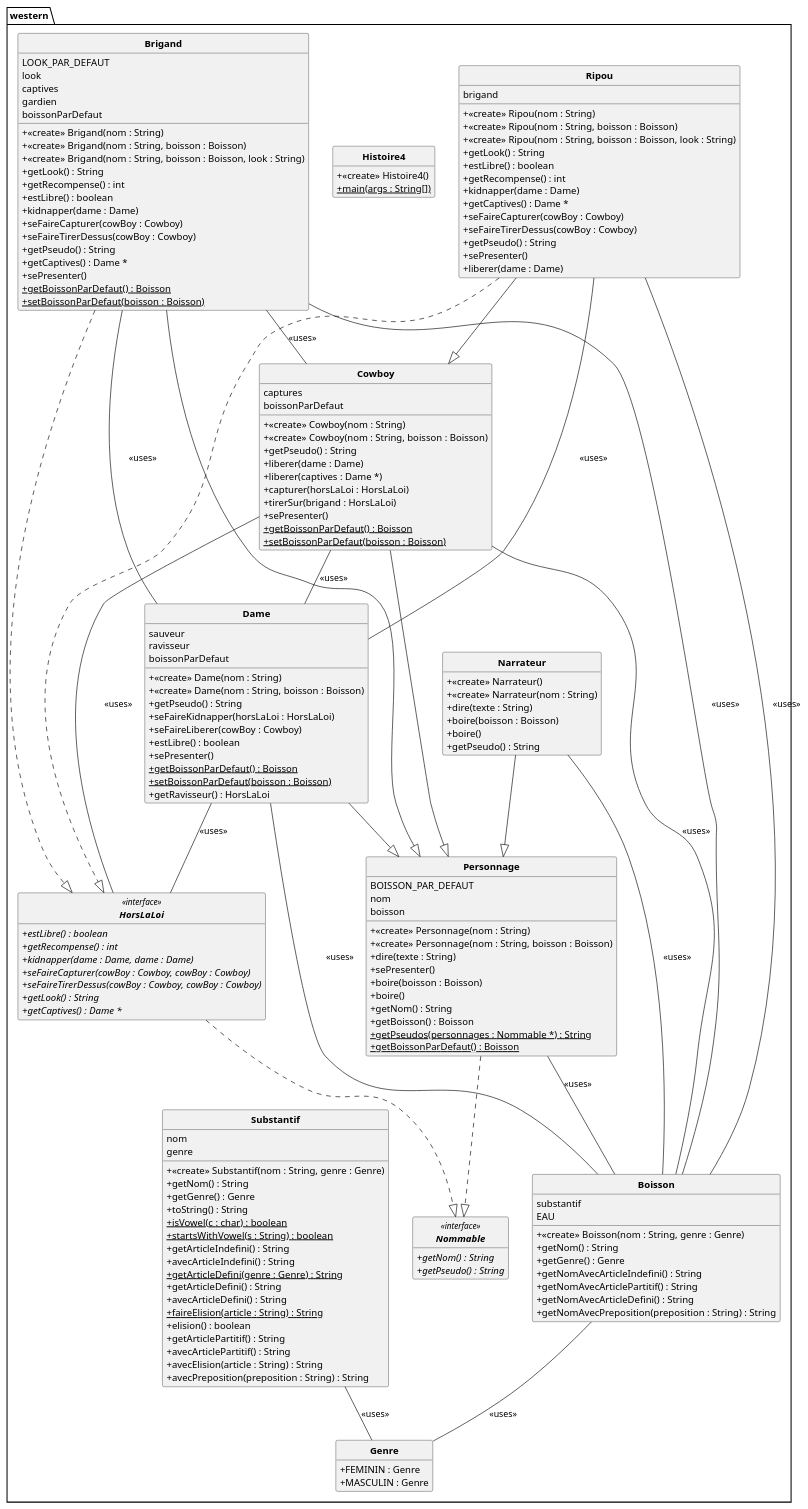
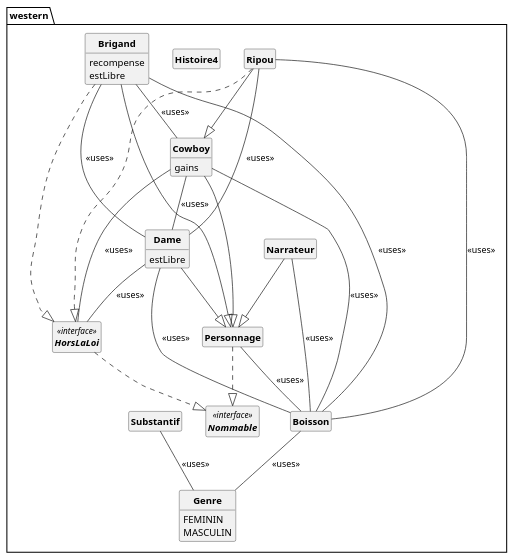
The diagram in out/production/p21_projet/pumlFromJava/westernClass.puml (DimToups/Java-to-PUML-converter), drawn with PlantUML before and after one commit. The commit also changed 2 other files, not shown here.

```diff
--- a/out/production/p21_projet/pumlFromJava/westernClass.puml
+++ b/out/production/p21_projet/pumlFromJava/westernClass.puml
@@ -8,159 +8,35 @@
 
 package western{
 class Boisson{
-substantif
-EAU
-+ <<create>> Boisson(nom : String, genre : Genre)
-+ getNom() : String
-+ getGenre() : Genre
-+ getNomAvecArticleIndefini() : String
-+ getNomAvecArticlePartitif() : String
-+ getNomAvecArticleDefini() : String
-+ getNomAvecPreposition(preposition : String) : String
 }
-
 class Brigand{
-LOOK_PAR_DEFAUT
-look
-captives
-gardien
-boissonParDefaut
-+ <<create>> Brigand(nom : String)
-+ <<create>> Brigand(nom : String, boisson : Boisson)
-+ <<create>> Brigand(nom : String, boisson : Boisson, look : String)
-+ getLook() : String
-+ getRecompense() : int
-+ estLibre() : boolean
-+ kidnapper(dame : Dame)
-+ seFaireCapturer(cowBoy : Cowboy)
-+ seFaireTirerDessus(cowBoy : Cowboy)
-+ getPseudo() : String
-+ getCaptives() : Dame *
-+ sePresenter()
-+ getBoissonParDefaut() {static} : Boisson
-+ setBoissonParDefaut(boisson : Boisson) {static}
+recompense
+estLibre
 }
-
 class Cowboy{
-captures
-boissonParDefaut
-+ <<create>> Cowboy(nom : String)
-+ <<create>> Cowboy(nom : String, boisson : Boisson)
-+ getPseudo() : String
-+ liberer(dame : Dame)
-+ liberer(captives : Dame *)
-+ capturer(horsLaLoi : HorsLaLoi)
-+ tirerSur(brigand : HorsLaLoi)
-+ sePresenter()
-+ getBoissonParDefaut() {static} : Boisson
-+ setBoissonParDefaut(boisson : Boisson) {static}
+gains
 }
-
 class Dame{
-sauveur
-ravisseur
-boissonParDefaut
-+ <<create>> Dame(nom : String)
-+ <<create>> Dame(nom : String, boisson : Boisson)
-+ getPseudo() : String
-+ seFaireKidnapper(horsLaLoi : HorsLaLoi)
-+ seFaireLiberer(cowBoy : Cowboy)
-+ estLibre() : boolean
-+ sePresenter()
-+ getBoissonParDefaut() {static} : Boisson
-+ setBoissonParDefaut(boisson : Boisson) {static}
-+ getRavisseur() : HorsLaLoi
+estLibre
 }
-
 class Genre{
-+ FEMININ : Genre
-+ MASCULIN : Genre
+FEMININ
+MASCULIN
 }
-
 class Histoire4{
-+ <<create>> Histoire4()
-+ main(args : String[]) {static}
 }
-
 interface HorsLaLoi<<interface>>{
-+ estLibre() {abstract} : boolean
-+ getRecompense() {abstract} : int
-+ kidnapper(dame : Dame, dame : Dame) {abstract}
-+ seFaireCapturer(cowBoy : Cowboy, cowBoy : Cowboy) {abstract}
-+ seFaireTirerDessus(cowBoy : Cowboy, cowBoy : Cowboy) {abstract}
-+ getLook() {abstract} : String
-+ getCaptives() {abstract} : Dame *
 }
-
 class Narrateur{
-+ <<create>> Narrateur()
-+ <<create>> Narrateur(nom : String)
-+ dire(texte : String)
-+ boire(boisson : Boisson)
-+ boire()
-+ getPseudo() : String
 }
-
 interface Nommable<<interface>>{
-+ getNom() {abstract} : String
-+ getPseudo() {abstract} : String
 }
-
 class Personnage{
-BOISSON_PAR_DEFAUT
-nom
-boisson
-+ <<create>> Personnage(nom : String)
-+ <<create>> Personnage(nom : String, boisson : Boisson)
-+ dire(texte : String)
-+ sePresenter()
-+ boire(boisson : Boisson)
-+ boire()
-+ getNom() : String
-+ getBoisson() : Boisson
-+ getPseudos(personnages : Nommable *) {static} : String
-+ getBoissonParDefaut() {static} : Boisson
 }
-
 class Ripou{
-brigand
-+ <<create>> Ripou(nom : String)
-+ <<create>> Ripou(nom : String, boisson : Boisson)
-+ <<create>> Ripou(nom : String, boisson : Boisson, look : String)
-+ getLook() : String
-+ estLibre() : boolean
-+ getRecompense() : int
-+ kidnapper(dame : Dame)
-+ getCaptives() : Dame *
-+ seFaireCapturer(cowBoy : Cowboy)
-+ seFaireTirerDessus(cowBoy : Cowboy)
-+ getPseudo() : String
-+ sePresenter()
-+ liberer(dame : Dame)
 }
-
 class Substantif{
-nom
-genre
-+ <<create>> Substantif(nom : String, genre : Genre)
-+ getNom() : String
-+ getGenre() : Genre
-+ toString() : String
-+ isVowel(c : char) {static} : boolean
-+ startsWithVowel(s : String) {static} : boolean
-+ getArticleIndefini() : String
-+ avecArticleIndefini() : String
-+ getArticleDefini(genre : Genre) {static} : String
-+ getArticleDefini() : String
-+ avecArticleDefini() : String
-+ faireElision(article : String) {static} : String
-+ elision() : boolean
-+ getArticlePartitif() : String
-+ avecArticlePartitif() : String
-+ avecElision(article : String) : String
-+ avecPreposition(preposition : String) : String
 }
-
 
 Boisson -- Genre : <<uses>>
 
```
